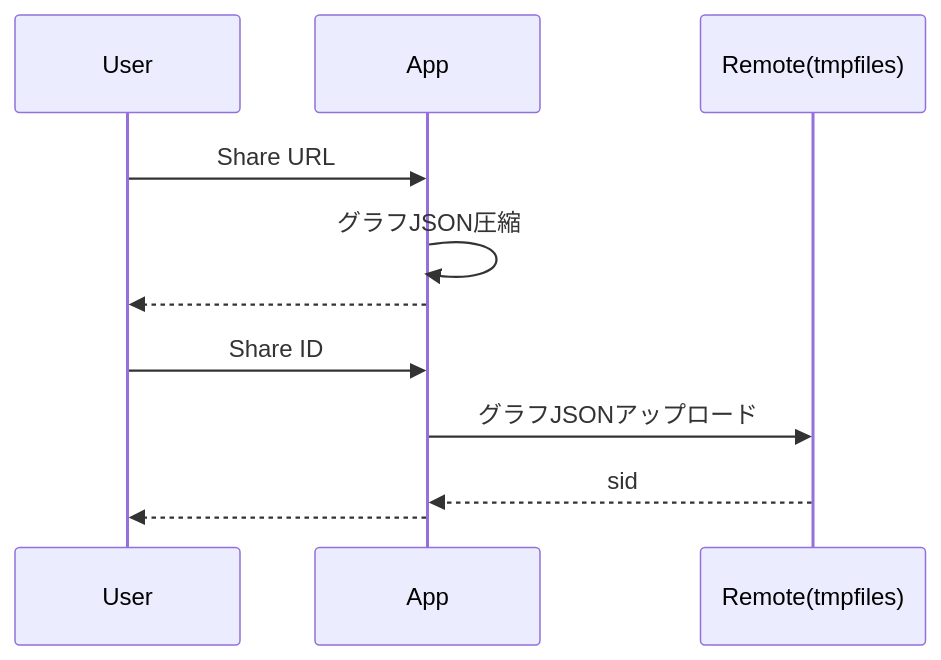
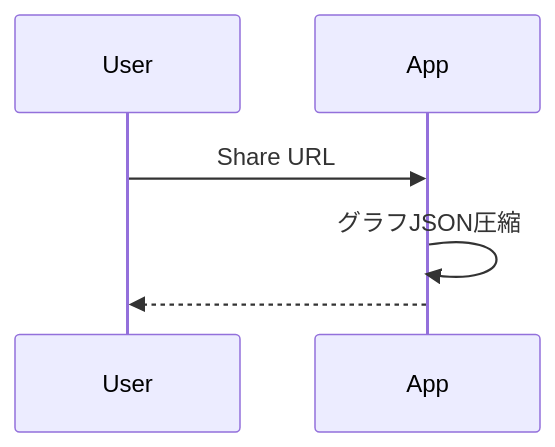
Before and after one commit to suzuking001/fact_sim: the fifth of 5 diagrams in docs/research.md, drawn with Mermaid. The commit also changed other lines of this file and 5 other files, not shown here.

````diff
--- a/docs/research.md
+++ b/docs/research.md
@@ -191,15 +188,9 @@
 ```mermaid
 sequenceDiagram
   participant U as User
   participant A as App
-  participant R as Remote(tmpfiles)
 
   U->>A: Share URL
   A->>A: グラフJSON圧縮
   A-->>U: #g=... をコピー
-
-  U->>A: Share ID
-  A->>R: グラフJSONアップロード
-  R-->>A: sid
-  A-->>U: #sid=... をコピー
 ```
````
